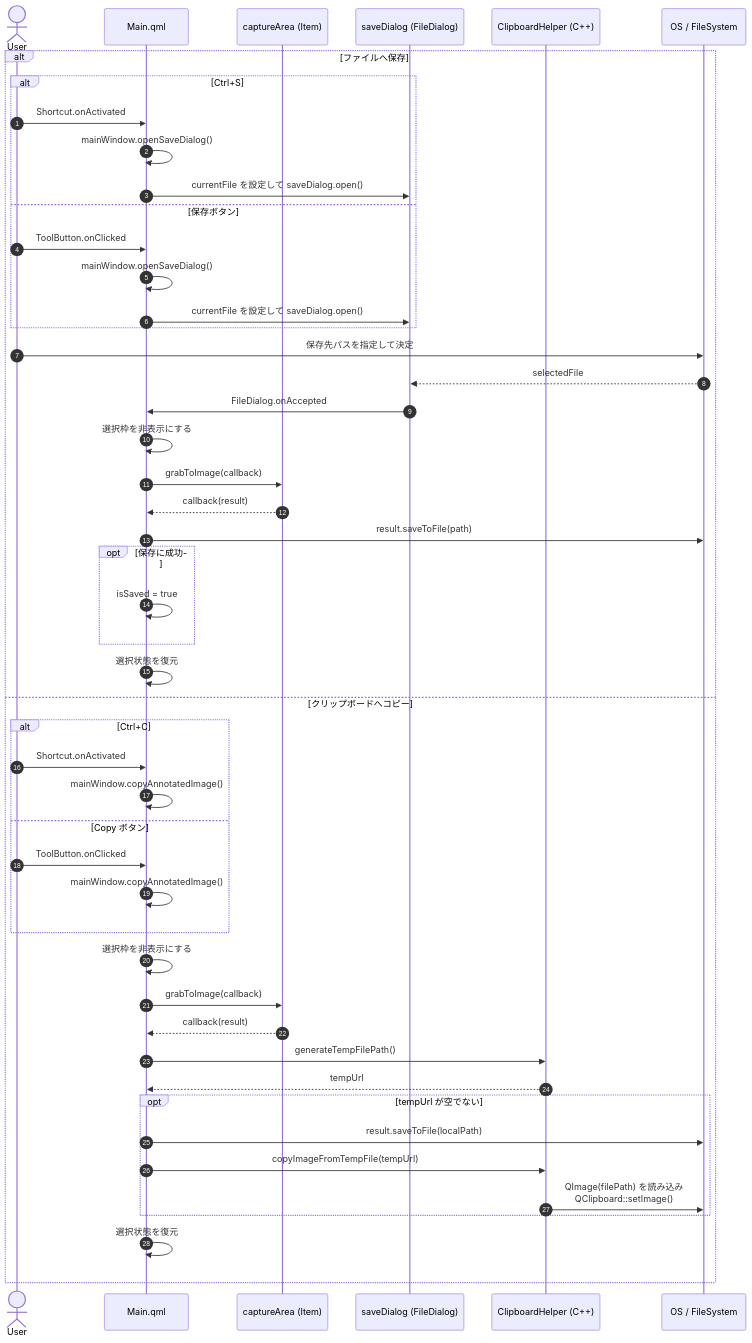
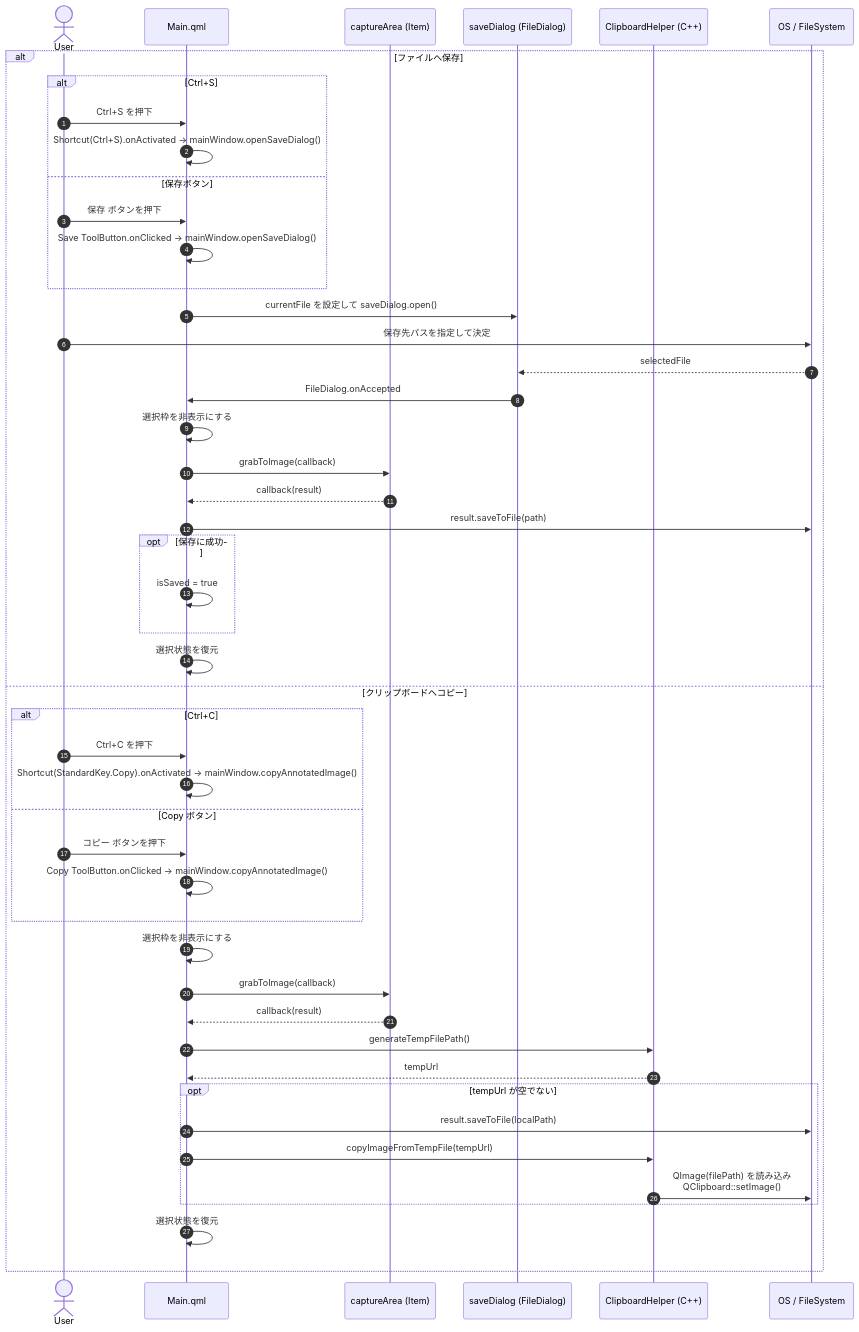
One commit to sscHirano/ImageAnnotator changed the fifth of 5 diagrams in docs/sequence_diagrams.md. Above: the diagram before and after it, drawn with Mermaid. The commit also changed other lines of this file, not shown here.

Commit message:
シーケンス図を修正

````diff
--- a/docs/sequence_diagrams.md
+++ b/docs/sequence_diagrams.md
@@ -211,52 +217,51 @@
 ```mermaid
 sequenceDiagram
     autonumber
     actor User
     participant MainQML as Main.qml
     participant Capture as captureArea (Item)
     participant Dialog as saveDialog (FileDialog)
     participant Helper as ClipboardHelper (C++)
     participant OS as OS / FileSystem
 
     alt ファイルへ保存
         alt Ctrl+S
-            User->>MainQML: Shortcut.onActivated
-            MainQML->>MainQML: mainWindow.openSaveDialog()
-            MainQML->>Dialog: currentFile を設定して saveDialog.open()
+            User->>MainQML: Ctrl+S を押下
+            MainQML->>MainQML: Shortcut(Ctrl+S).onActivated -> mainWindow.openSaveDialog()
         else 保存ボタン
-            User->>MainQML: ToolButton.onClicked
-            MainQML->>MainQML: mainWindow.openSaveDialog()
-            MainQML->>Dialog: currentFile を設定して saveDialog.open()
+            User->>MainQML: 保存 ボタンを押下
+            MainQML->>MainQML: Save ToolButton.onClicked -> mainWindow.openSaveDialog()
         end
+        MainQML->>Dialog: currentFile を設定して saveDialog.open()
         User->>OS: 保存先パスを指定して決定
         OS-->>Dialog: selectedFile
         Dialog->>MainQML: FileDialog.onAccepted
         MainQML->>MainQML: 選択枠を非表示にする
         MainQML->>Capture: grabToImage(callback)
         Capture-->>MainQML: callback(result)
         MainQML->>OS: result.saveToFile(path)
         opt 保存に成功
             MainQML->>MainQML: isSaved = true
         end
         MainQML->>MainQML: 選択状態を復元
     else クリップボードへコピー
         alt Ctrl+C
-            User->>MainQML: Shortcut.onActivated
-                MainQML->>MainQML: mainWindow.copyAnnotatedImage()
+            User->>MainQML: Ctrl+C を押下
+            MainQML->>MainQML: Shortcut(StandardKey.Copy).onActivated -> mainWindow.copyAnnotatedImage()
         else Copy ボタン
-            User->>MainQML: ToolButton.onClicked
-            MainQML->>MainQML: mainWindow.copyAnnotatedImage()
+            User->>MainQML: コピー ボタンを押下
+            MainQML->>MainQML: Copy ToolButton.onClicked -> mainWindow.copyAnnotatedImage()
         end
             MainQML->>MainQML: 選択枠を非表示にする
             MainQML->>Capture: grabToImage(callback)
             Capture-->>MainQML: callback(result)
             MainQML->>Helper: generateTempFilePath()
             Helper-->>MainQML: tempUrl
             opt tempUrl が空でない
                 MainQML->>OS: result.saveToFile(localPath)
                 MainQML->>Helper: copyImageFromTempFile(tempUrl)
                 Helper->>OS: QImage(filePath) を読み込み<br/>QClipboard::setImage()
             end
             MainQML->>MainQML: 選択状態を復元
     end
 ```
````
